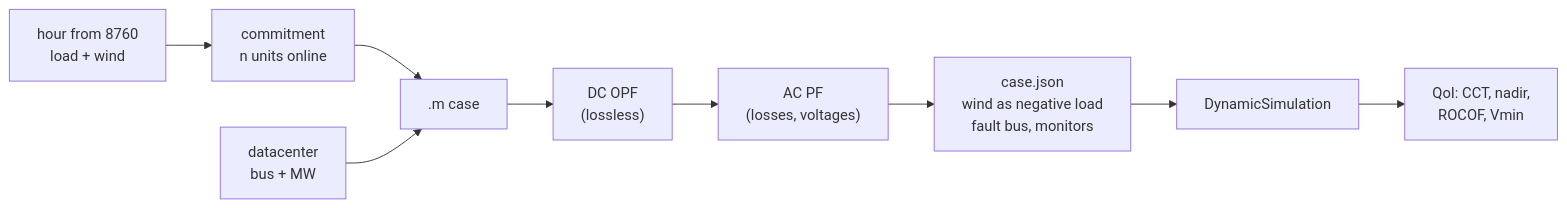
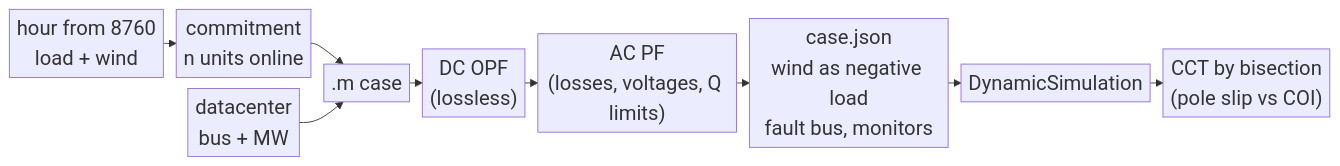
Before and after one commit to ORNL/GridKit: the second of 4 diagrams in uq-usecase/work-notes/datacenter_pilot_report.md, drawn with Mermaid. The commit also changed other lines of this file and 54 other files, not shown here.

````diff
--- a/uq-usecase/work-notes/datacenter_pilot_report.md
+++ b/uq-usecase/work-notes/datacenter_pilot_report.md
@@ -89,11 +144,12 @@
 ```mermaid
+%%{init: {"fontSize": 22, "themeVariables": {"fontSize": "22px"}, "flowchart": {"nodeSpacing": 12, "rankSpacing": 14, "padding": 4}}}%%
 flowchart LR
     H[hour from 8760<br/>load + wind] --> UC[commitment<br/>n units online]
     UC --> M[".m case"]
     DC[datacenter<br/>bus + MW] --> M
     M --> O["DC OPF<br/>(lossless)"]
-    O --> P["AC PF<br/>(losses, voltages)"]
+    O --> P["AC PF<br/>(losses, voltages, Q limits)"]
     P --> C["case.json<br/>wind as negative load<br/>fault bus, monitors"]
     C --> S["DynamicSimulation"]
-    S --> Q["QoI: CCT, nadir,<br/>ROCOF, Vmin"]
+    S --> Q["CCT by bisection<br/>(pole slip vs COI)"]
 ```
````
